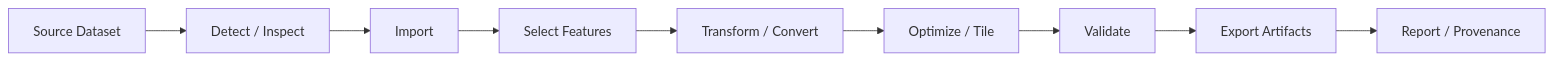
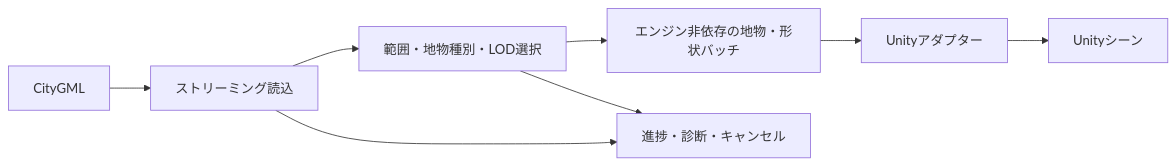
Before and after one commit to sato-toma/shion: the diagram in universal-3d-engine-development-plan.md, drawn with Mermaid. The commit also changed other lines of this file, not shown here.

````diff
--- a/universal-3d-engine-development-plan.md
+++ b/universal-3d-engine-development-plan.md
@@ -431,16 +73,14 @@
-``` mermaid
+```mermaid
 flowchart LR
-    Input["Source Dataset"]
-    Detect["Detect / Inspect"]
-    Import["Import"]
-    Select["Select Features"]
-    Transform["Transform / Convert"]
-    Optimize["Optimize / Tile"]
-    Validate["Validate"]
-    Export["Export Artifacts"]
-    Report["Report / Provenance"]
+    Data["CityGML"]
+    Reader["ストリーミング読込"]
+    Select["範囲・地物種別・LOD選択"]
+    Core["エンジン非依存の地物・形状バッチ"]
+    Unity["Unityアダプター"]
+    Scene["Unityシーン"]
+    Status["進捗・診断・キャンセル"]
 
-    Input --> Detect --> Import --> Select --> Transform
-    Transform --> Optimize --> Validate --> Export
-    Export --> Report
+    Data --> Reader --> Select --> Core --> Unity --> Scene
+    Reader --> Status
+    Select --> Status
 ```
````
